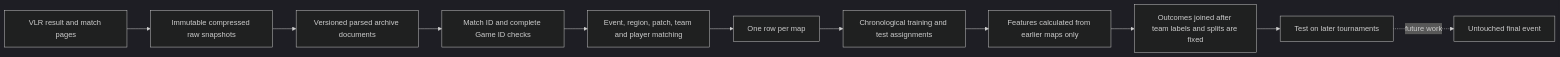
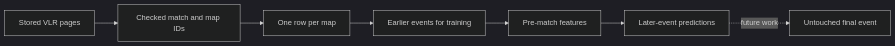
Before and after one commit to arzvaak/miteee-docusaurus: the diagram in docs/research/valorant-preliminary-findings/index.md, drawn with Mermaid (dark theme). The commit also changed other lines of this file and 50 other files, not shown here.

Commit message:
Redesign study dashboard and SSC exam flow

````diff
--- a/docs/research/valorant-preliminary-findings/index.md
+++ b/docs/research/valorant-preliminary-findings/index.md
@@ -174,13 +85,9 @@
-```mermaid
+~~~mermaid
 flowchart LR
-    A["VLR result and match pages"] --> B["Immutable compressed raw snapshots"]
-    B --> C["Versioned parsed archive documents"]
-    C --> D["Match ID and complete Game ID checks"]
-    D --> E["Event, region, patch, team and player matching"]
-    E --> F["One row per map"]
-    F --> G["Chronological training and test assignments"]
-    G --> H["Features calculated from earlier maps only"]
-    H --> I["Outcomes joined after team labels and splits are fixed"]
-    I --> J["Test on later tournaments"]
-    J -. "future work" .-> K["Untouched final event"]
-```
+    A["Stored VLR pages"] --> B["Checked match and map IDs"]
+    B --> C["One row per map"]
+    C --> D["Earlier events for training"]
+    D --> E["Pre-match features"]
+    E --> F["Later-event predictions"]
+    F -. "future work" .-> G["Untouched final event"]
+~~~
````
